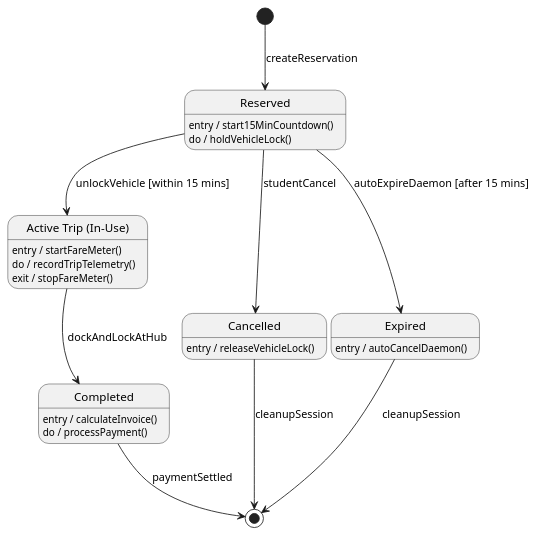
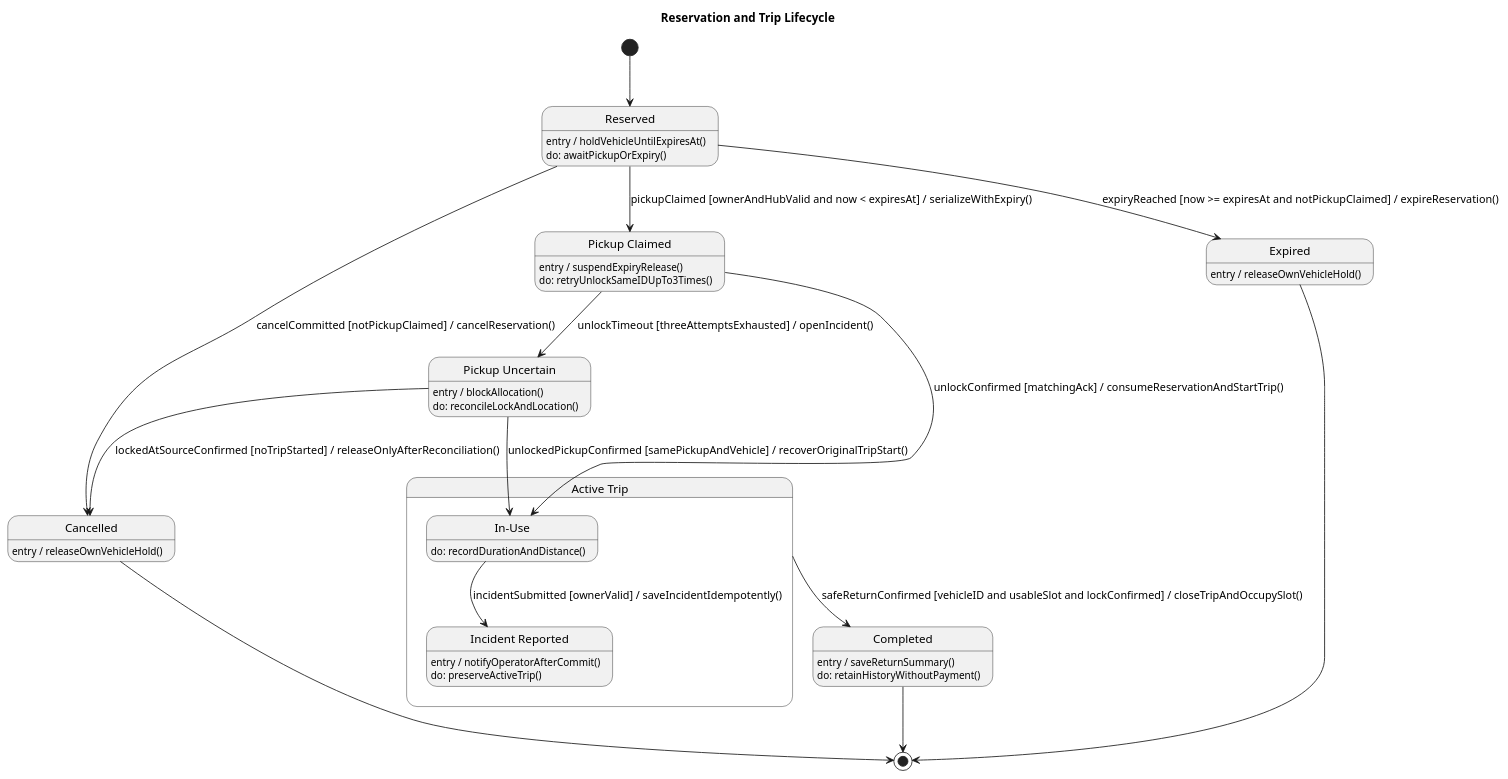
Before and after one commit to YdtTran/software-engineerning: the fifth of 6 diagrams in 01_Diagram/04_Statechart_Diagram/PLANTUML_STATECHART.md, drawn with PlantUML. The commit also changed other lines of this file and 95 other files, not shown here.

Commit message:
Complete mobility lifecycles and refine activity and statechart diagrams

````diff
--- a/01_Diagram/04_Statechart_Diagram/PLANTUML_STATECHART.md
+++ b/01_Diagram/04_Statechart_Diagram/PLANTUML_STATECHART.md
@@ -173,39 +280,41 @@
 ```plantuml
 @startuml
-[*] --> Reserved : createReservation
-
-state Reserved {
-    Reserved : entry / start15MinCountdown()
-    Reserved : do / holdVehicleLock()
+title Reservation and Trip Lifecycle
+state "Active Trip" as Active {
+  state "In-Use" as Riding
+  state "Incident Reported" as Reported
 }
-
-state "Active Trip (In-Use)" as InTrip {
-    InTrip : entry / startFareMeter()
-    InTrip : do / recordTripTelemetry()
-    InTrip : exit / stopFareMeter()
-}
-
-state Completed {
-    Completed : entry / calculateInvoice()
-    Completed : do / processPayment()
-}
-
-state Cancelled {
-    Cancelled : entry / releaseVehicleLock()
-}
-
-state Expired {
-    Expired : entry / autoCancelDaemon()
-}
-
-Reserved --> InTrip : unlockVehicle [within 15 mins]
-InTrip --> Completed : dockAndLockAtHub
-Completed --> [*] : paymentSettled
-
-Reserved --> Cancelled : studentCancel
-Reserved --> Expired : autoExpireDaemon [after 15 mins]
-
-Cancelled --> [*] : cleanupSession
-Expired --> [*] : cleanupSession
+state "Reserved" as Reserved
+Reserved : entry / holdVehicleUntilExpiresAt()
+Reserved : do: awaitPickupOrExpiry()
+state "Pickup Claimed" as Unlocking
+Unlocking : entry / suspendExpiryRelease()
+Unlocking : do: retryUnlockSameIDUpTo3Times()
+Riding : do: recordDurationAndDistance()
+Reported : entry / notifyOperatorAfterCommit()
+Reported : do: preserveActiveTrip()
+state "Pickup Uncertain" as Reconciliation
+Reconciliation : entry / blockAllocation()
+Reconciliation : do: reconcileLockAndLocation()
+state "Completed" as Completed
+Completed : entry / saveReturnSummary()
+Completed : do: retainHistoryWithoutPayment()
+state "Cancelled" as Cancelled
+Cancelled : entry / releaseOwnVehicleHold()
+state "Expired" as Expired
+Expired : entry / releaseOwnVehicleHold()
+[*] --> Reserved
+Reserved --> Unlocking : pickupClaimed [ownerAndHubValid and now < expiresAt] / serializeWithExpiry()
+Reserved --> Cancelled : cancelCommitted [notPickupClaimed] / cancelReservation()
+Reserved --> Expired : expiryReached [now >= expiresAt and notPickupClaimed] / expireReservation()
+Unlocking --> Riding : unlockConfirmed [matchingAck] / consumeReservationAndStartTrip()
+Unlocking --> Reconciliation : unlockTimeout [threeAttemptsExhausted] / openIncident()
+Reconciliation --> Cancelled : lockedAtSourceConfirmed [noTripStarted] / releaseOnlyAfterReconciliation()
+Reconciliation --> Riding : unlockedPickupConfirmed [samePickupAndVehicle] / recoverOriginalTripStart()
+Riding --> Reported : incidentSubmitted [ownerValid] / saveIncidentIdempotently()
+Active --> Completed : safeReturnConfirmed [vehicleID and usableSlot and lockConfirmed] / closeTripAndOccupySlot()
+Completed --> [*]
+Cancelled --> [*]
+Expired --> [*]
 @enduml
 ```
````
